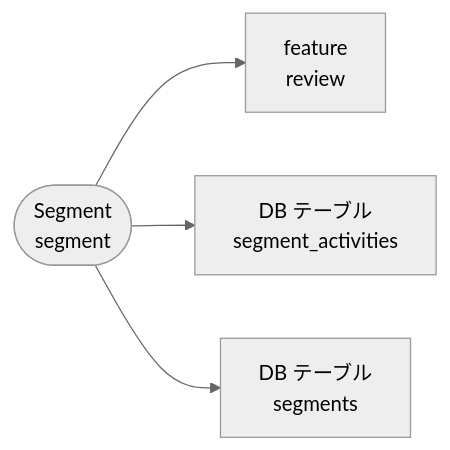
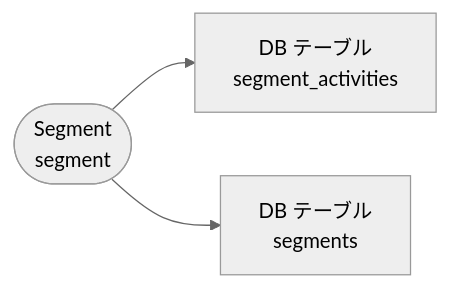
One commit to Dayopt/dayopt changed the sixth of 22 diagrams in docs/engineering/data/architecture-inventory.md. Above: the diagram before and after it, drawn with Mermaid (neutral theme). The commit also changed other lines of this file and 295 other files, not shown here.

````diff
--- a/docs/engineering/data/architecture-inventory.md
+++ b/docs/engineering/data/architecture-inventory.md
@@ -937,10 +952,8 @@
 ```mermaid
 graph LR
   concept(["Segment<br/>segment"])
-  feature_review["feature<br/>review"]
-  concept --> feature_review
   table_segment_activities["DB テーブル<br/>segment_activities"]
   concept --> table_segment_activities
   table_segments["DB テーブル<br/>segments"]
   concept --> table_segments
 ```
````
